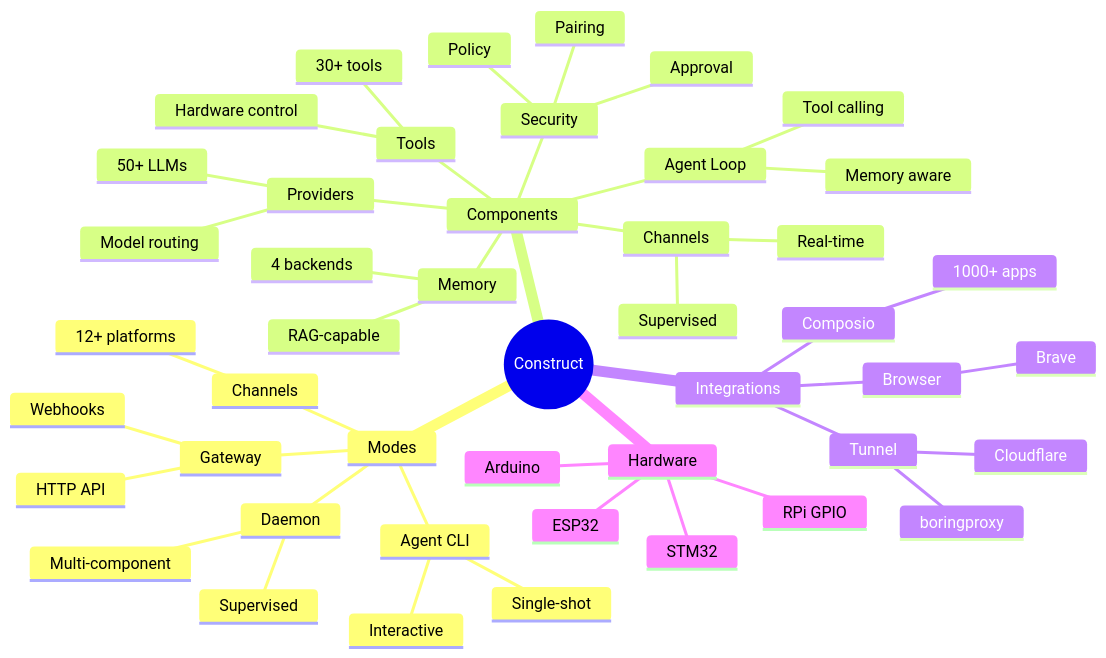
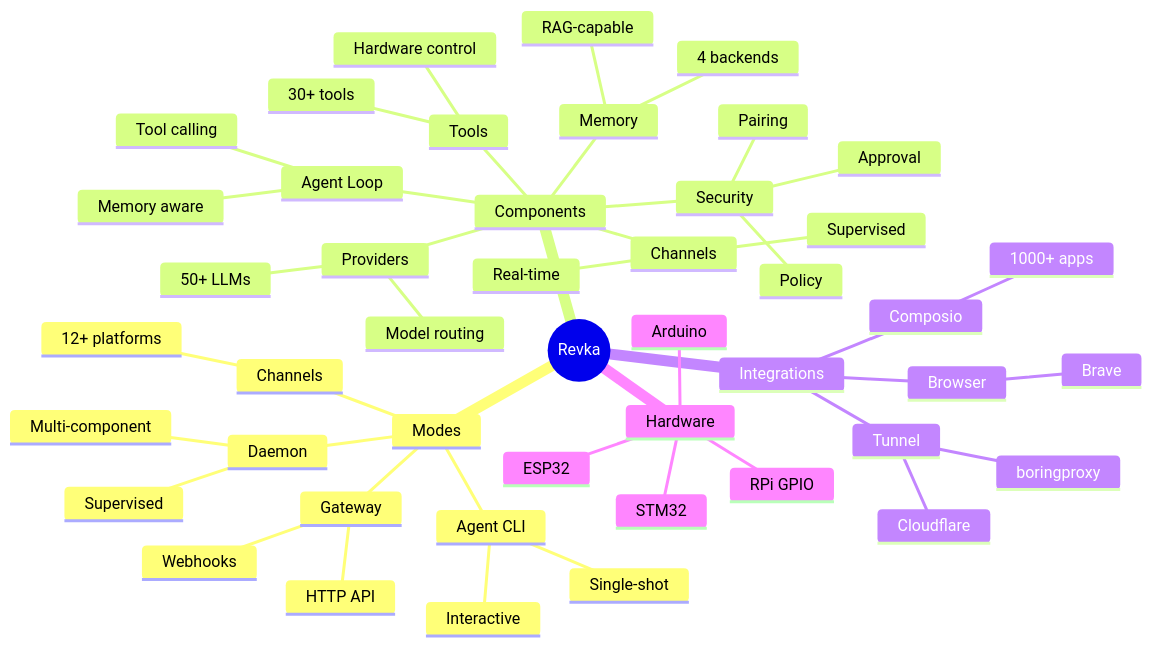
Diagram 14 of 14 in docs/assets/architecture-diagrams.md (KumihoIO/Revka), drawn with Mermaid before and after one commit. The commit also changed other lines of this file and 954 other files, not shown here.

````diff
--- a/docs/assets/architecture-diagrams.md
+++ b/docs/assets/architecture-diagrams.md
@@ -780,49 +780,49 @@
 ```mermaid
 mindmap
-    root((Construct))
+    root((Revka))
         Modes
             Agent CLI
                 Interactive
                 Single-shot
             Gateway
                 HTTP API
                 Webhooks
             Daemon
                 Supervised
                 Multi-component
             Channels
                 12+ platforms
         Components
             Agent Loop
                 Tool calling
                 Memory aware
             Providers
                 50+ LLMs
                 Model routing
             Channels
                 Real-time
                 Supervised
             Tools
                 30+ tools
                 Hardware control
             Memory
                 4 backends
                 RAG-capable
             Security
                 Pairing
                 Approval
                 Policy
         Integrations
             Composio
                 1000+ apps
             Browser
                 Brave
             Tunnel
                 Cloudflare
                 boringproxy
         Hardware
             STM32
             Arduino
             ESP32
             RPi GPIO
 ```
````
